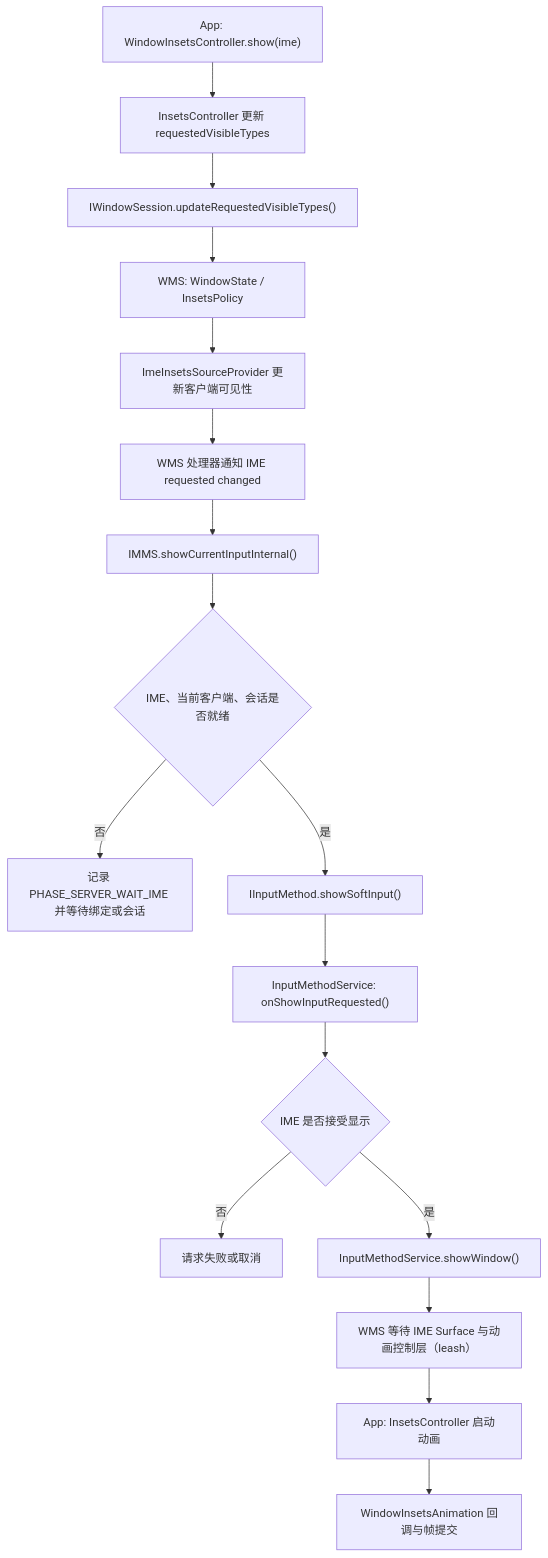
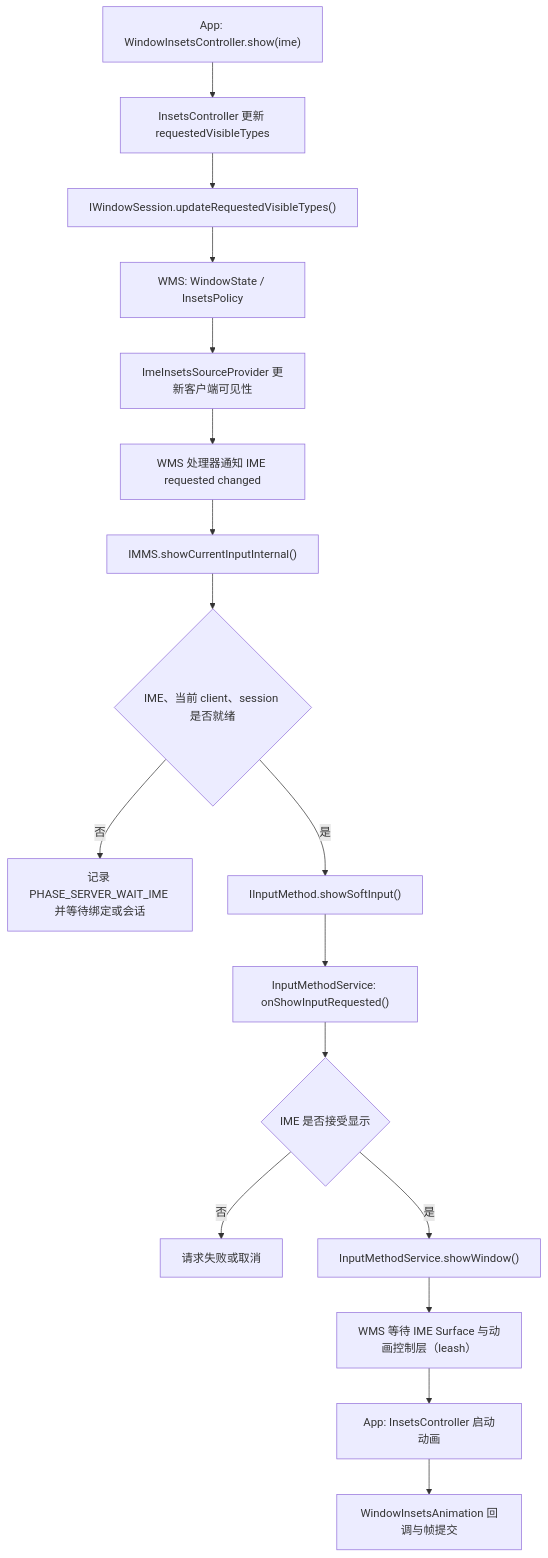
One commit to Gracker/android-internals-wiki changed the diagram in src/part1-fundamentals/ch03-input/11-input-method-manager-performance.md. Above: the diagram before and after it, drawn with Mermaid. The commit also changed other lines of this file and 4 other files, not shown here.

````diff
--- a/src/part1-fundamentals/ch03-input/11-input-method-manager-performance.md
+++ b/src/part1-fundamentals/ch03-input/11-input-method-manager-performance.md
@@ -82,19 +82,19 @@
 ```mermaid
 flowchart TD
     A["App: WindowInsetsController.show(ime)"] --> B["InsetsController 更新 requestedVisibleTypes"]
     B --> C["IWindowSession.updateRequestedVisibleTypes()"]
     C --> D["WMS: WindowState / InsetsPolicy"]
     D --> E["ImeInsetsSourceProvider 更新客户端可见性"]
     E --> F["WMS 处理器通知 IME requested changed"]
     F --> G["IMMS.showCurrentInputInternal()"]
-    G --> H{"IME、当前客户端、会话是否就绪"}
+    G --> H{"IME、当前 client、session 是否就绪"}
     H -->|否| I["记录 PHASE_SERVER_WAIT_IME 并等待绑定或会话"]
     H -->|是| J["IInputMethod.showSoftInput()"]
     J --> K["InputMethodService: onShowInputRequested()"]
     K --> L{"IME 是否接受显示"}
     L -->|否| M["请求失败或取消"]
     L -->|是| N["InputMethodService.showWindow()"]
     N --> O["WMS 等待 IME Surface 与动画控制层（leash）"]
     O --> P["App: InsetsController 启动动画"]
     P --> Q["WindowInsetsAnimation 回调与帧提交"]
 ```
````
